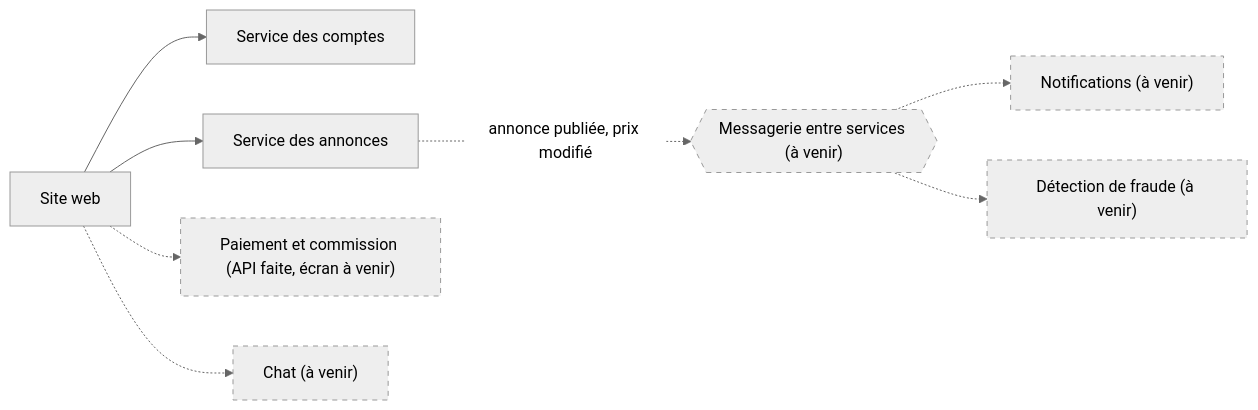
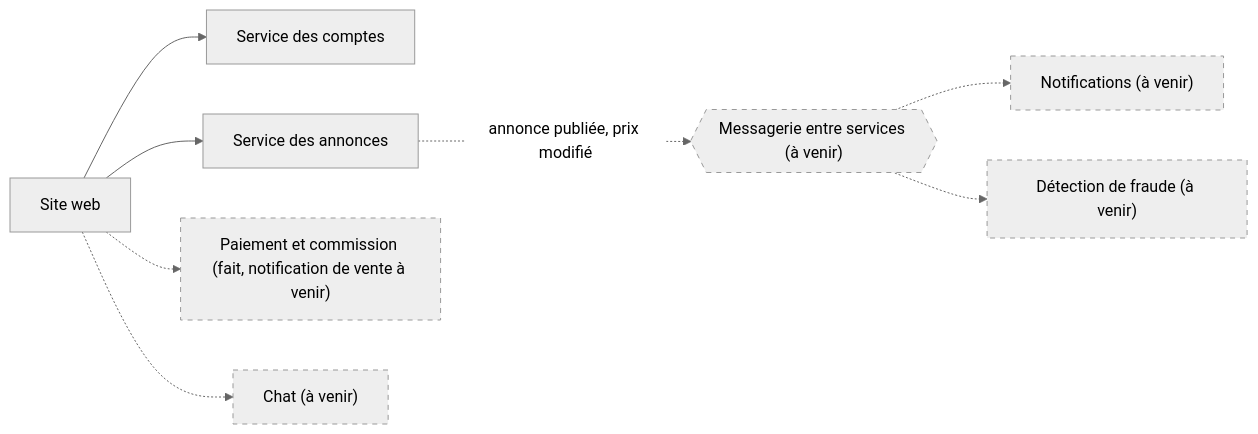
Before and after one commit to WALAAHAJJ/collector-indiv: the eighth of 8 diagrams in docs/architecture.md, drawn with Mermaid (neutral theme). The commit also changed other lines of this file and 3 other files, not shown here.

First line of the commit message:
docs: écran d'achat et « Mes commandes » (README, architecture, sécurité, tests)

````diff
--- a/docs/architecture.md
+++ b/docs/architecture.md
@@ -185,22 +185,22 @@
 ```mermaid
 flowchart LR
     site["Site web"]
     comptes["Service des comptes"]
     annonces["Service des annonces"]
     bus{{"Messagerie entre services (à venir)"}}
     notif["Notifications (à venir)"]
     fraude["Détection de fraude (à venir)"]
-    paiement["Paiement et commission (API faite, écran à venir)"]
+    paiement["Paiement et commission (fait, notification de vente à venir)"]
     chat["Chat (à venir)"]
 
     site --> comptes
     site --> annonces
     site -.-> paiement
     site -.-> chat
     annonces -. "annonce publiée, prix modifié" .-> bus
     bus -.-> notif
     bus -.-> fraude
 
     classDef planned stroke-dasharray: 5 5
     class bus,notif,fraude,paiement,chat planned
 ```
````
